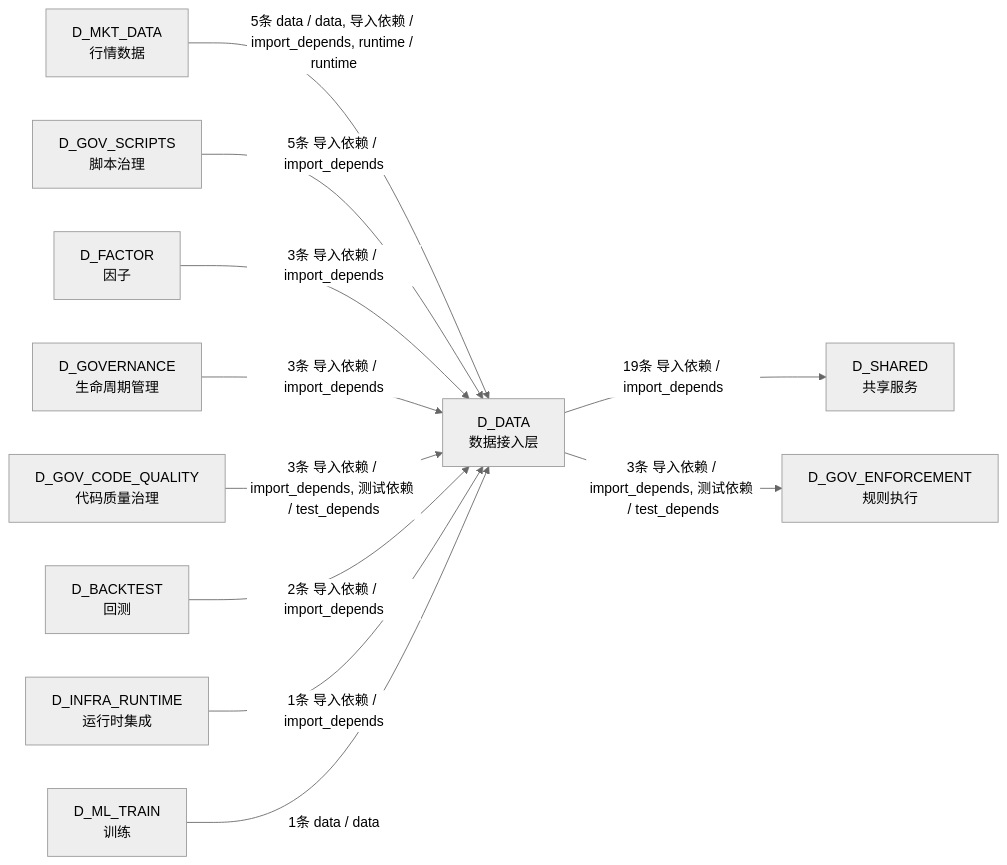
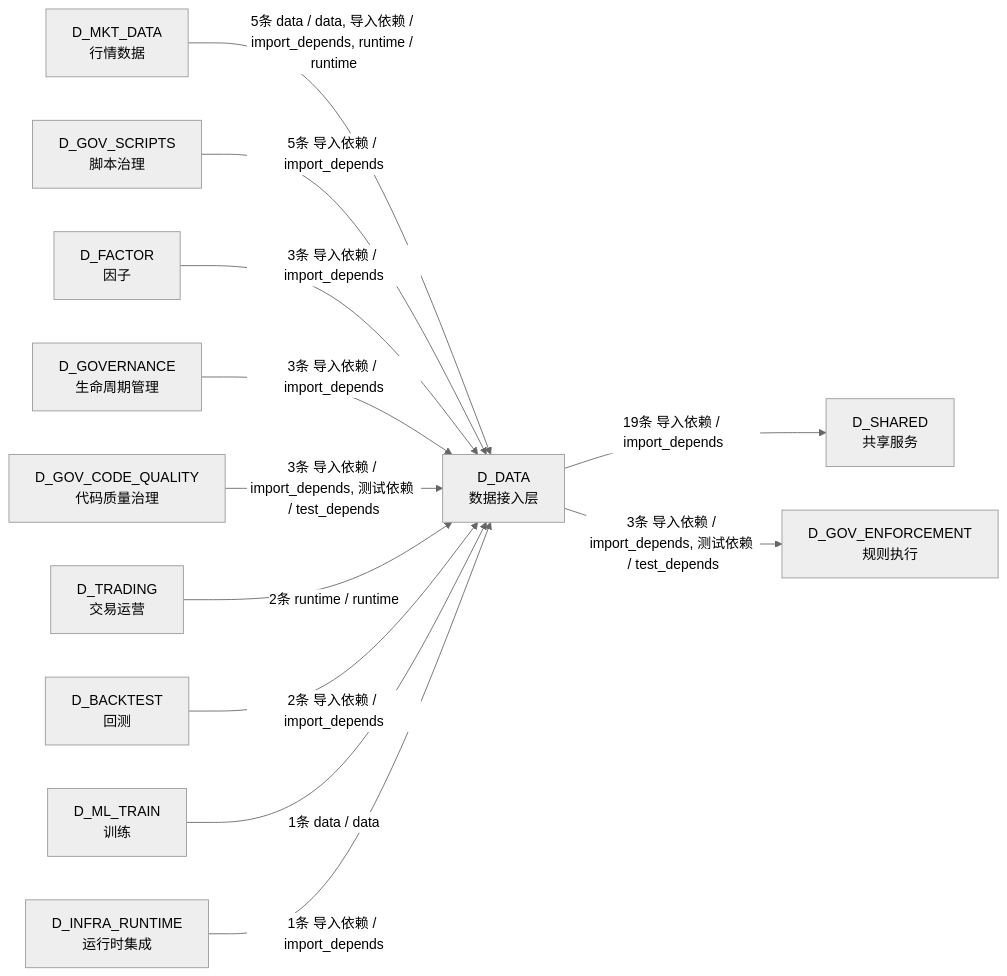
The ninth of 9 diagrams in docs/02_enterprise_architecture/02_domain_architecture_docs/11_d_data.md (xuanFelixVan/ZephyrAlpha), drawn with Mermaid (neutral theme) before and after one commit. The commit also changed other lines of this file and 43 other files, not shown here.

````diff
--- a/docs/02_enterprise_architecture/02_domain_architecture_docs/11_d_data.md
+++ b/docs/02_enterprise_architecture/02_domain_architecture_docs/11_d_data.md
@@ -1195,24 +1195,26 @@
 ```mermaid
 graph LR
     D_DATA["D_DATA<br/>数据接入层"]
     D_SHARED["D_SHARED<br/>共享服务"]
     D_GOV_ENFORCEMENT["D_GOV_ENFORCEMENT<br/>规则执行"]
     D_MKT_DATA["D_MKT_DATA<br/>行情数据"]
     D_GOV_SCRIPTS["D_GOV_SCRIPTS<br/>脚本治理"]
     D_FACTOR["D_FACTOR<br/>因子"]
     D_GOVERNANCE["D_GOVERNANCE<br/>生命周期管理"]
     D_GOV_CODE_QUALITY["D_GOV_CODE_QUALITY<br/>代码质量治理"]
+    D_TRADING["D_TRADING<br/>交易运营"]
     D_BACKTEST["D_BACKTEST<br/>回测"]
+    D_ML_TRAIN["D_ML_TRAIN<br/>训练"]
     D_INFRA_RUNTIME["D_INFRA_RUNTIME<br/>运行时集成"]
-    D_ML_TRAIN["D_ML_TRAIN<br/>训练"]
     D_DATA -->|19条 导入依赖 / import_depends| D_SHARED
     D_DATA -->|3条 导入依赖 / import_depends, 测试依赖 / test_depends| D_GOV_ENFORCEMENT
     D_MKT_DATA -->|5条 data / data, 导入依赖 / import_depends, runtime / runtime| D_DATA
     D_GOV_SCRIPTS -->|5条 导入依赖 / import_depends| D_DATA
     D_FACTOR -->|3条 导入依赖 / import_depends| D_DATA
     D_GOVERNANCE -->|3条 导入依赖 / import_depends| D_DATA
     D_GOV_CODE_QUALITY -->|3条 导入依赖 / import_depends, 测试依赖 / test_depends| D_DATA
+    D_TRADING -->|2条 runtime / runtime| D_DATA
     D_BACKTEST -->|2条 导入依赖 / import_depends| D_DATA
+    D_ML_TRAIN -->|1条 data / data| D_DATA
     D_INFRA_RUNTIME -->|1条 导入依赖 / import_depends| D_DATA
-    D_ML_TRAIN -->|1条 data / data| D_DATA
 ```
````
